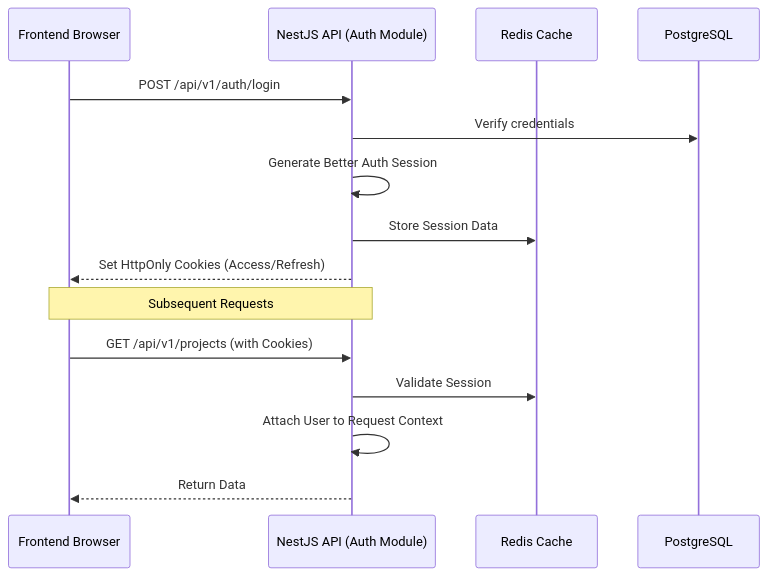
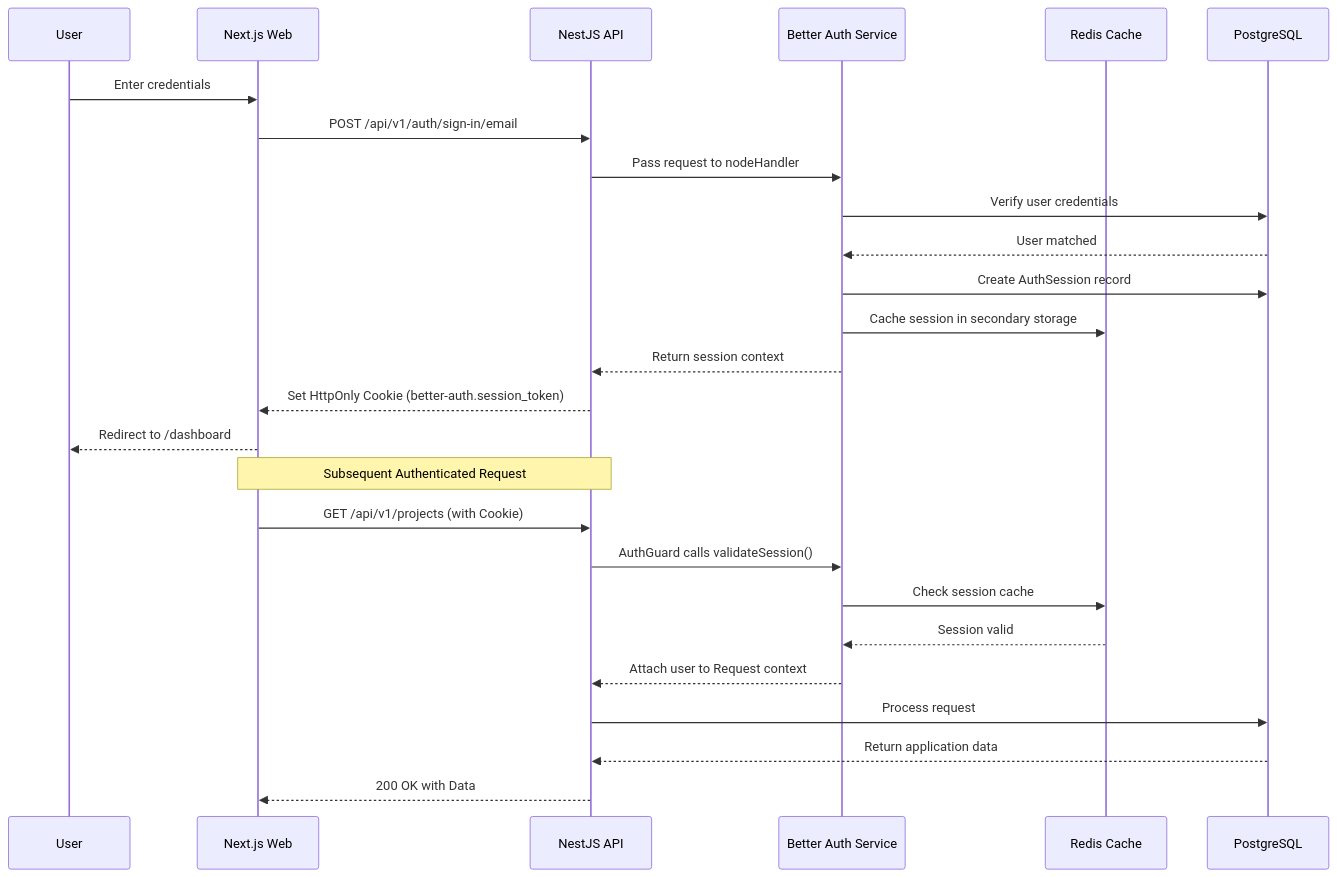
One commit to VaibhavDaveDev/Atlas changed the diagram in docs/architecture/authentication.md. Above: the diagram before and after it, drawn with Mermaid. The commit also changed other lines of this file and 18 other files, not shown here.

````diff
--- a/docs/architecture/authentication.md
+++ b/docs/architecture/authentication.md
@@ -16,19 +16,33 @@
 ```mermaid
 sequenceDiagram
-    participant Client as Frontend Browser
-    participant API as NestJS API (Auth Module)
+    participant User
+    participant Frontend as Next.js Web
+    participant API as NestJS API
+    participant Auth as Better Auth Service
     participant Redis as Redis Cache
     participant DB as PostgreSQL
-
-    Client->>API: POST /api/v1/auth/login
-    API->>DB: Verify credentials
-    API->>API: Generate Better Auth Session
-    API->>Redis: Store Session Data
-    API-->>Client: Set HttpOnly Cookies (Access/Refresh)
     
-    Note over Client,API: Subsequent Requests
-    Client->>API: GET /api/v1/projects (with Cookies)
-    API->>Redis: Validate Session
-    API->>API: Attach User to Request Context
-    API-->>Client: Return Data
+    User->>Frontend: Enter credentials
+    Frontend->>API: POST /api/v1/auth/sign-in/email
+    API->>Auth: Pass request to nodeHandler
+    Auth->>DB: Verify user credentials
+    DB-->>Auth: User matched
+    
+    Auth->>DB: Create AuthSession record
+    Auth->>Redis: Cache session in secondary storage
+    
+    Auth-->>API: Return session context
+    API-->>Frontend: Set HttpOnly Cookie (better-auth.session_token)
+    Frontend-->>User: Redirect to /dashboard
+    
+    Note over Frontend,API: Subsequent Authenticated Request
+    
+    Frontend->>API: GET /api/v1/projects (with Cookie)
+    API->>Auth: AuthGuard calls validateSession()
+    Auth->>Redis: Check session cache
+    Redis-->>Auth: Session valid
+    Auth-->>API: Attach user to Request context
+    API->>DB: Process request
+    DB-->>API: Return application data
+    API-->>Frontend: 200 OK with Data
 ```
````
